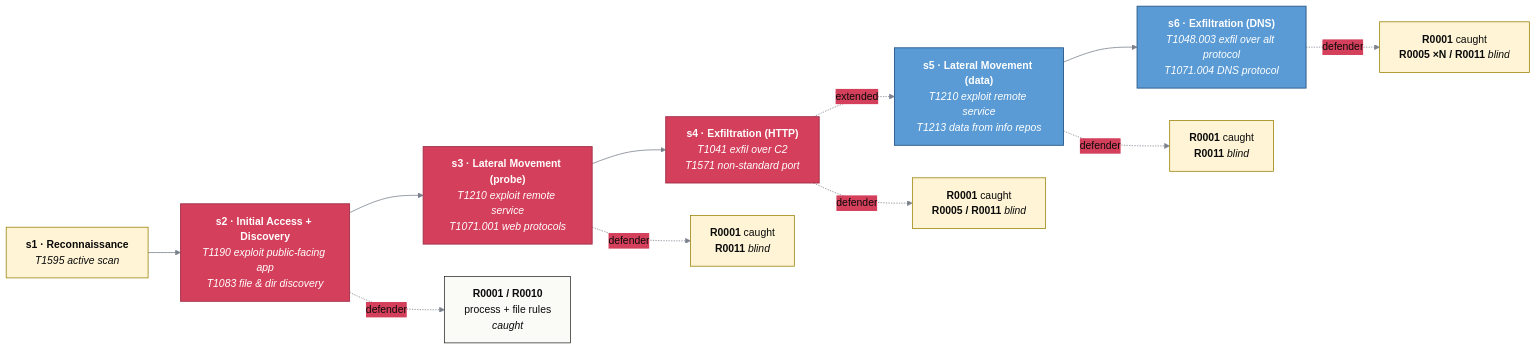
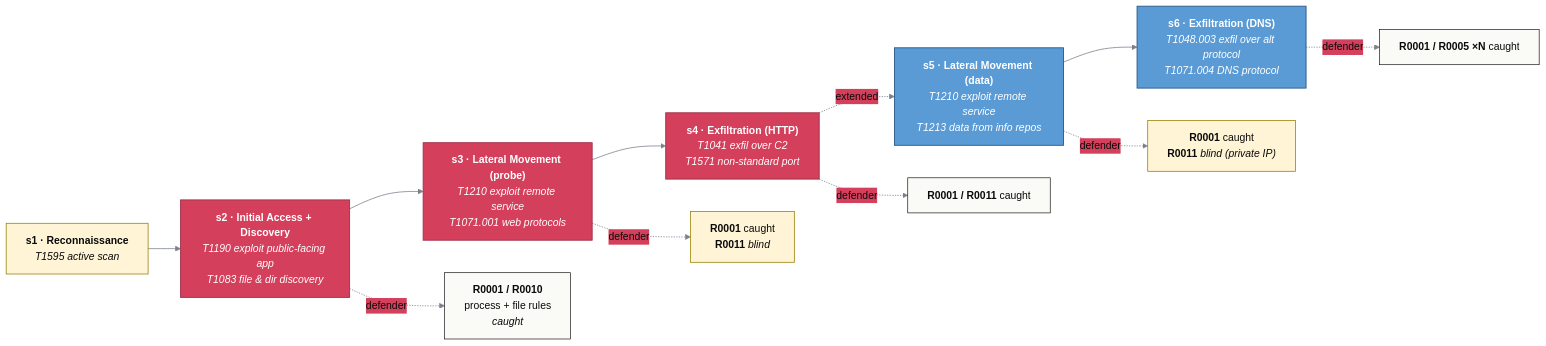
The eighth of 10 diagrams in example/chain/diagrams.md (k8sstormcenter/bob), drawn with Mermaid before and after one commit. The commit also changed other lines of this file, not shown here.

````diff
--- a/example/chain/diagrams.md
+++ b/example/chain/diagrams.md
@@ -331,32 +329,32 @@
 ```mermaid
 %%{init: {"theme":"base","themeVariables":{"primaryColor":"#C3A50D","primaryTextColor":"#0a0a0a","primaryBorderColor":"#9a8208","lineColor":"#0a0a0a","secondaryColor":"#D43F5B","tertiaryColor":"#fff5d6"}}}%%
 flowchart LR
   classDef ref   fill:#C3A50D,stroke:#9a8208,color:#0a0a0a,stroke-width:1.4px
   classDef cmp   fill:#fff5d6,stroke:#9a8208,color:#0a0a0a,stroke-width:1.2px
   classDef warn  fill:#D43F5B,stroke:#a03048,color:#fff,stroke-width:1.4px
   classDef ext   fill:#5b9bd5,stroke:#2a5a8a,color:#fff,stroke-width:1.4px
   classDef ok    fill:#fafaf6,stroke:#0a0a0a,color:#0a0a0a,stroke-width:1px
 
   s1["<b>s1 · Reconnaissance</b><br/><i>T1595 active scan</i>"]:::cmp
   s2["<b>s2 · Initial Access + Discovery</b><br/><i>T1190 exploit public-facing app<br/>T1083 file & dir discovery</i>"]:::warn
   s3["<b>s3 · Lateral Movement (probe)</b><br/><i>T1210 exploit remote service<br/>T1071.001 web protocols</i>"]:::warn
   s4["<b>s4 · Exfiltration (HTTP)</b><br/><i>T1041 exfil over C2<br/>T1571 non-standard port</i>"]:::warn
   s5["<b>s5 · Lateral Movement (data)</b><br/><i>T1210 exploit remote service<br/>T1213 data from info repos</i>"]:::ext
   s6["<b>s6 · Exfiltration (DNS)</b><br/><i>T1048.003 exfil over alt protocol<br/>T1071.004 DNS protocol</i>"]:::ext
 
   d2["<b>R0001 / R0010</b><br/>process + file rules<br/><i>caught</i>"]:::ok
   d3["<b>R0001</b> caught<br/><b>R0011</b> <i>blind</i>"]:::cmp
-  d4["<b>R0001</b> caught<br/><b>R0005 / R0011</b> <i>blind</i>"]:::cmp
-  d5["<b>R0001</b> caught<br/><b>R0011</b> <i>blind</i>"]:::cmp
-  d6["<b>R0001</b> caught<br/><b>R0005 ×N / R0011</b> <i>blind</i>"]:::cmp
+  d4["<b>R0001 / R0011</b> caught"]:::ok
+  d5["<b>R0001</b> caught<br/><b>R0011</b> <i>blind (private IP)</i>"]:::cmp
+  d6["<b>R0001 / R0005 ×N</b> caught"]:::ok
 
   s1 --> s2 --> s3 --> s4
   s4 -. extended .-> s5 --> s6
   s2 -.->|defender| d2
   s3 -.->|defender| d3
   s4 -.->|defender| d4
   s5 -.->|defender| d5
   s6 -.->|defender| d6
 
   linkStyle default stroke:#7a808c,stroke-width:1.2px
 ```
````
